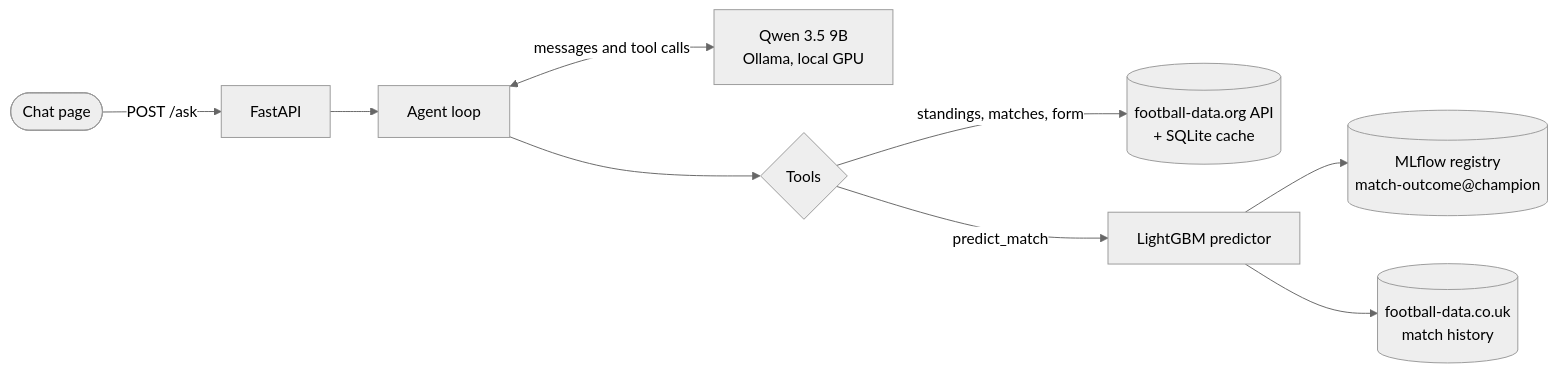
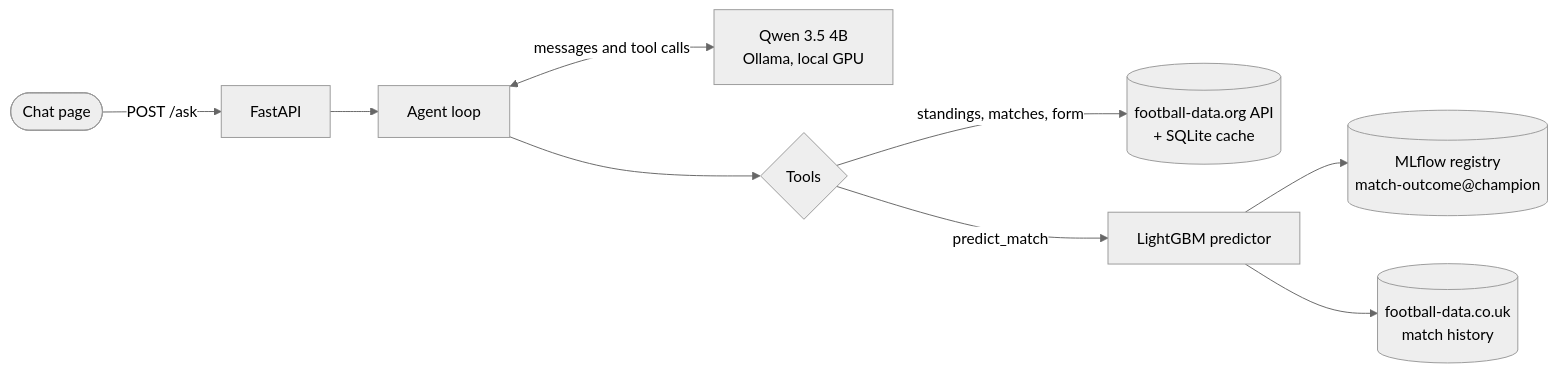
Before and after one commit to alexandrebertot/football-match-analyst: the diagram in README.md, drawn with Mermaid (neutral theme). The commit also changed other lines of this file and 4 other files, not shown here.

````diff
--- a/README.md
+++ b/README.md
@@ -14,11 +14,11 @@
 ```mermaid
 flowchart LR
     user([Chat page]) -->|POST /ask| api[FastAPI]
     api --> agent[Agent loop]
-    agent <-->|messages and tool calls| llm["Qwen 3.5 9B<br/>Ollama, local GPU"]
+    agent <-->|messages and tool calls| llm["Qwen 3.5 4B<br/>Ollama, local GPU"]
     agent --> tools{Tools}
     tools -->|standings, matches, form| fdo[("football-data.org API<br/>+ SQLite cache")]
     tools -->|predict_match| predictor[LightGBM predictor]
     predictor --> registry[("MLflow registry<br/>match-outcome@champion")]
     predictor --> history[("football-data.co.uk<br/>match history")]
 ```
````
